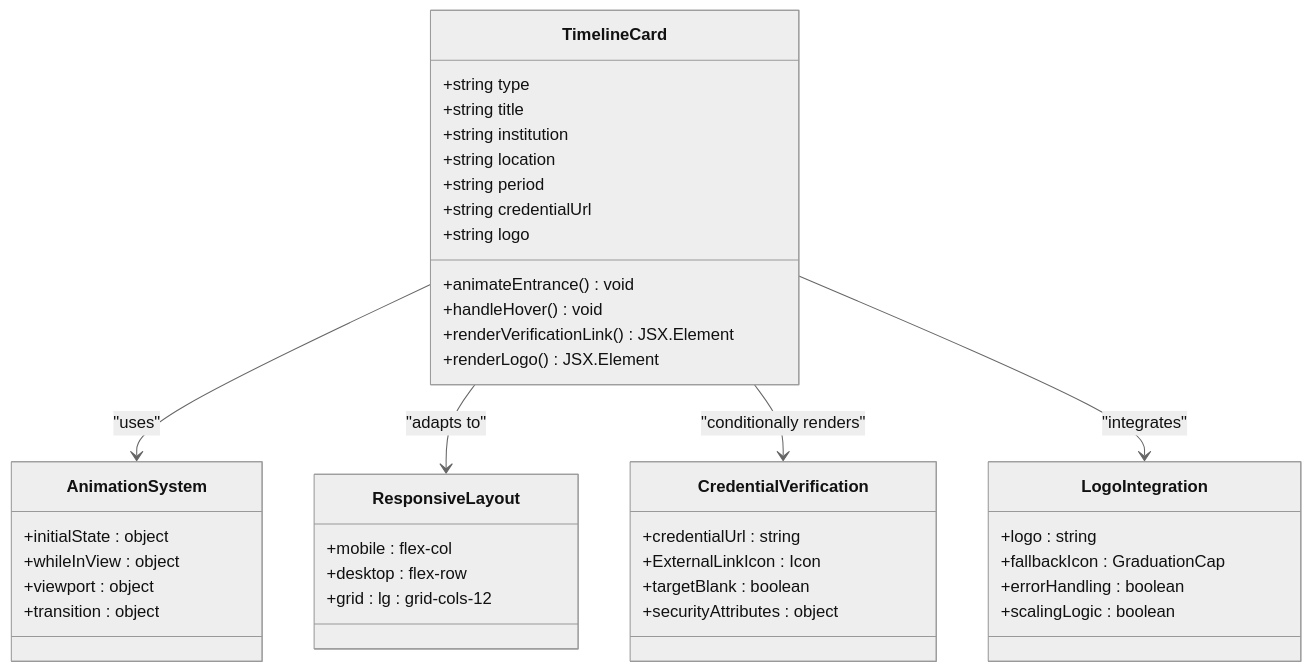
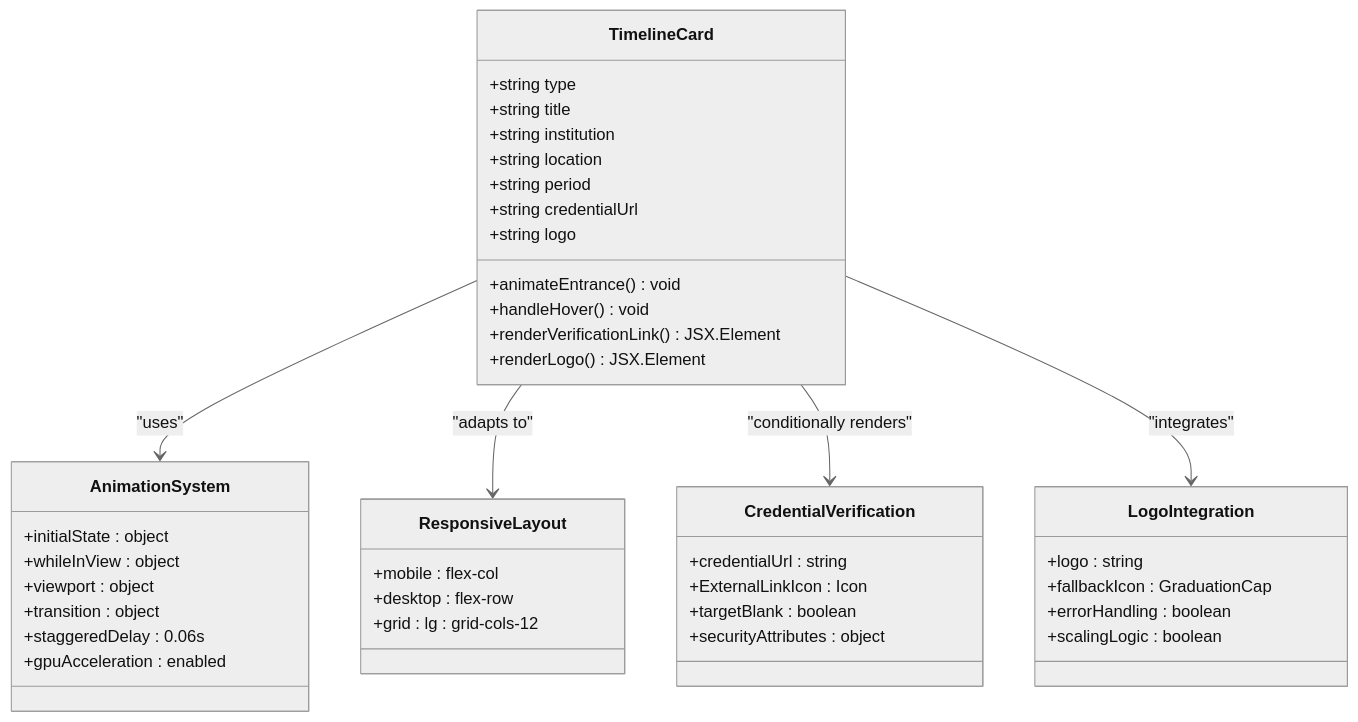
One commit to subash7781/Portfolio changed the fifth of 11 diagrams in .qoder/repowiki/en/content/Component Library & UI Elements/EducationSection Component.md. Above: the diagram before and after it, drawn with Mermaid (neutral theme). The commit also changed other lines of this file and 9 other files, not shown here.

````diff
--- a/.qoder/repowiki/en/content/Component Library & UI Elements/EducationSection Component.md
+++ b/.qoder/repowiki/en/content/Component Library & UI Elements/EducationSection Component.md
@@ -210,43 +212,45 @@
 ```mermaid
 classDiagram
 class TimelineCard {
 +string type
 +string title
 +string institution
 +string location
 +string period
 +string credentialUrl
 +string logo
 +animateEntrance() void
 +handleHover() void
 +renderVerificationLink() JSX.Element
 +renderLogo() JSX.Element
 }
 class AnimationSystem {
 +initialState : object
 +whileInView : object
 +viewport : object
 +transition : object
++staggeredDelay : 0.06s
++gpuAcceleration : enabled
 }
 class ResponsiveLayout {
 +mobile : flex-col
 +desktop : flex-row
 +grid : lg : grid-cols-12
 }
 class CredentialVerification {
 +credentialUrl : string
 +ExternalLinkIcon : Icon
 +targetBlank : boolean
 +securityAttributes : object
 }
 class LogoIntegration {
 +logo : string
 +fallbackIcon : GraduationCap
 +errorHandling : boolean
 +scalingLogic : boolean
 }
 TimelineCard --> AnimationSystem : "uses"
 TimelineCard --> ResponsiveLayout : "adapts to"
 TimelineCard --> CredentialVerification : "conditionally renders"
 TimelineCard --> LogoIntegration : "integrates"
 ```
````
